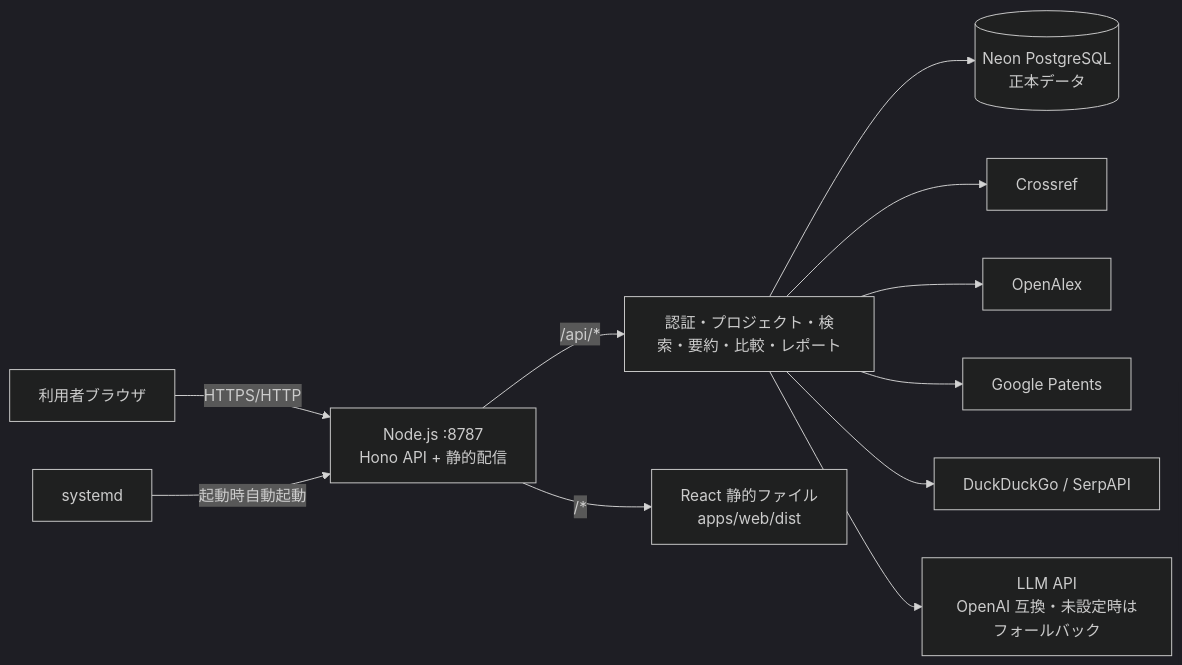
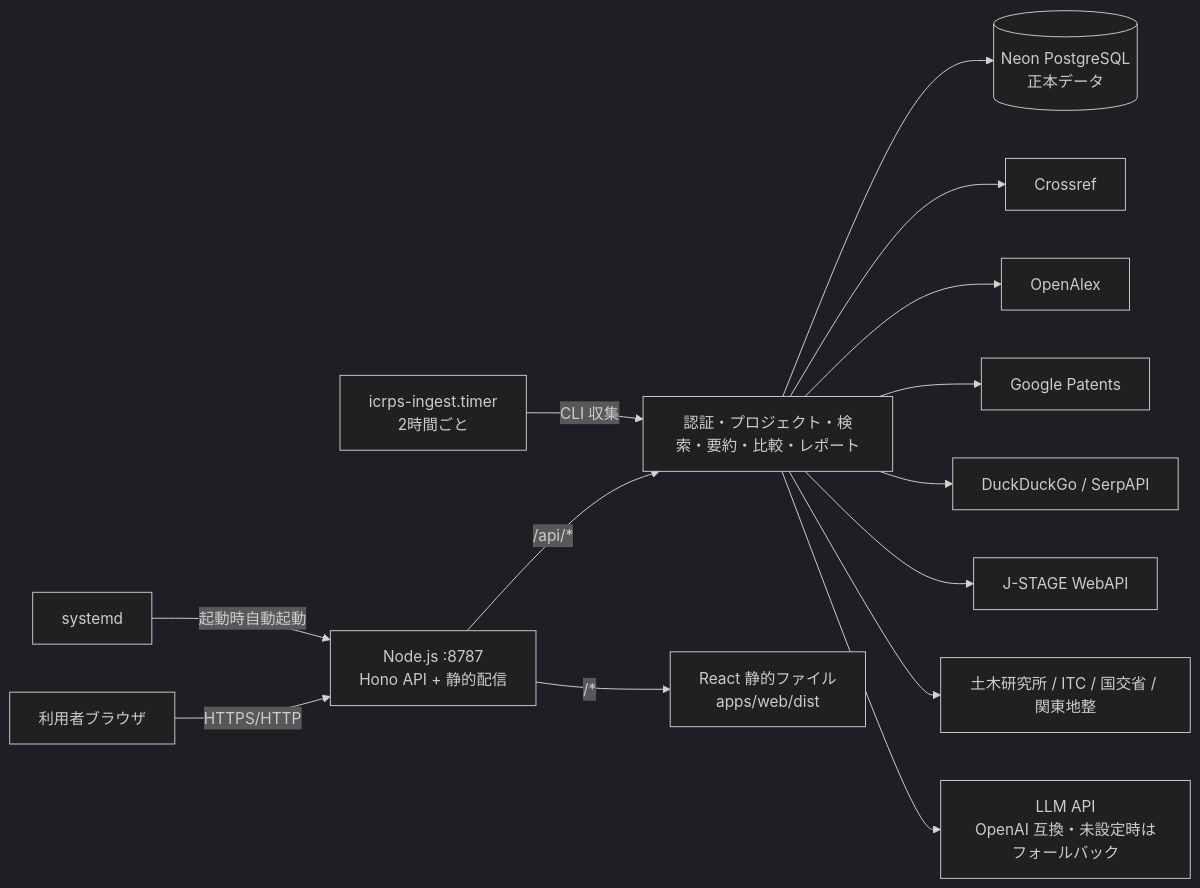
The first of 2 diagrams in README.md (Kensan196948G/International-Civil-Research-Patent-Scout), drawn with Mermaid (dark theme) before and after one commit. The commit also changed other lines of this file and 21 other files, not shown here.

First line of the commit message:
feat(literature): 土木建設技術文献を2時間ごとに自動収集（J-STAGE/PWRI/ITC/MLIT/KTR）

````diff
--- a/README.md
+++ b/README.md
@@ -20,13 +21,16 @@
 ```mermaid
 flowchart LR
     U[利用者ブラウザ] -->|HTTPS/HTTP| N[Node.js :8787<br/>Hono API + 静的配信]
     N -->|/api/*| A[認証・プロジェクト・検索・要約・比較・レポート]
     N -->|/*| S[React 静的ファイル<br/>apps/web/dist]
     A --> D[(Neon PostgreSQL<br/>正本データ)]
     A --> C1[Crossref]
     A --> C2[OpenAlex]
     A --> C3[Google Patents]
     A --> C4[DuckDuckGo / SerpAPI]
+    A --> C5[J-STAGE WebAPI]
+    A --> C6[土木研究所 / ITC / 国交省 / 関東地整]
     A --> L[LLM API<br/>OpenAI 互換・未設定時はフォールバック]
+    I[icrps-ingest.timer<br/>2時間ごと] -->|CLI 収集| A
     systemd -->|起動時自動起動| N
 ```
````
